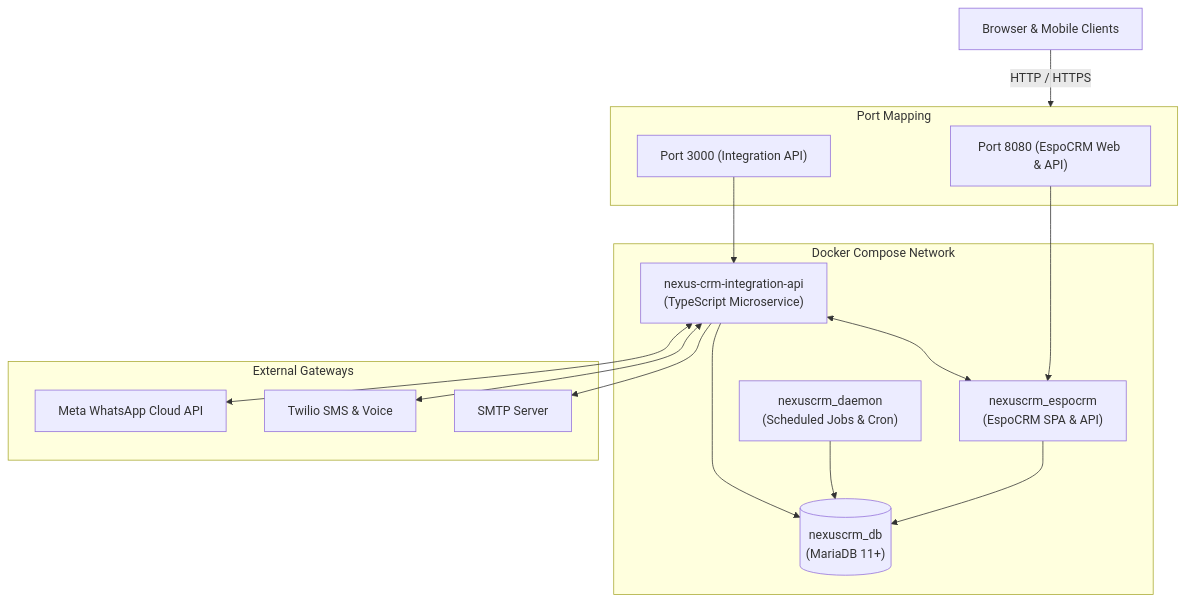
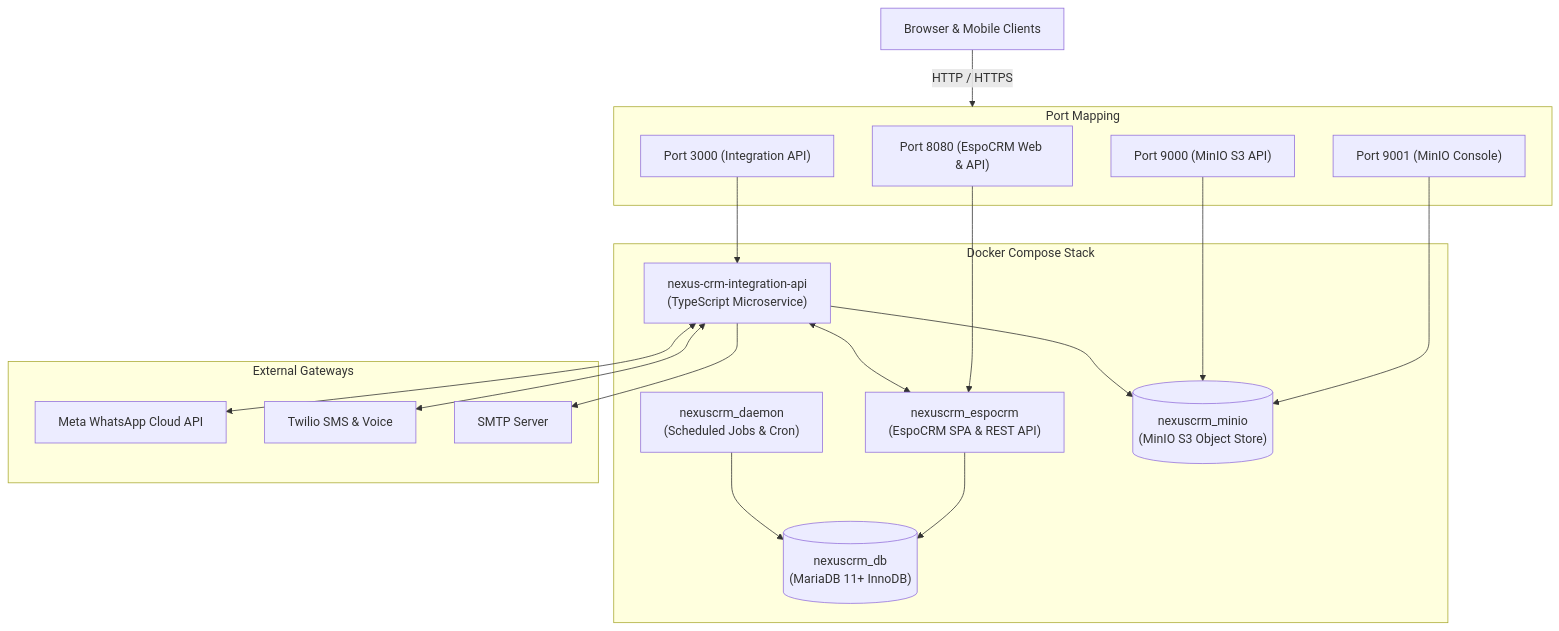
The diagram in README.md (Harry1402/nexuscrm), drawn with Mermaid before and after one commit. The commit also changed other lines of this file and 16 other files, not shown here.

````diff
--- a/README.md
+++ b/README.md
@@ -30,33 +34,38 @@
 ```mermaid
 flowchart TD
     Client["Browser & Mobile Clients"] -->|HTTP / HTTPS| Edge
 
     subgraph Edge["Port Mapping"]
         P8080["Port 8080 (EspoCRM Web & API)"]
         P3000["Port 3000 (Integration API)"]
+        P9001["Port 9001 (MinIO Console)"]
+        P9000["Port 9000 (MinIO S3 API)"]
     end
 
-    subgraph Stack["Docker Compose Network"]
-        Espo["nexuscrm_espocrm\n(EspoCRM SPA & API)"]
+    subgraph Stack["Docker Compose Stack"]
+        Espo["nexuscrm_espocrm\n(EspoCRM SPA & REST API)"]
         Daemon["nexuscrm_daemon\n(Scheduled Jobs & Cron)"]
-        DB[("nexuscrm_db\n(MariaDB 11+)")]
+        DB[("nexuscrm_db\n(MariaDB 11+ InnoDB)")]
         API["nexus-crm-integration-api\n(TypeScript Microservice)"]
+        Storage[("nexuscrm_minio\n(MinIO S3 Object Store)")]
     end
 
     subgraph External["External Gateways"]
         WA["Meta WhatsApp Cloud API"]
         TW["Twilio SMS & Voice"]
         Mail["SMTP Server"]
     end
 
     P8080 --> Espo
     P3000 --> API
+    P9001 --> Storage
+    P9000 --> Storage
     Espo --> DB
     Daemon --> DB
-    API --> DB
     API <--> Espo
+    API --> Storage
 
     API <--> WA
     API <--> TW
     API --> Mail
 ```
````
